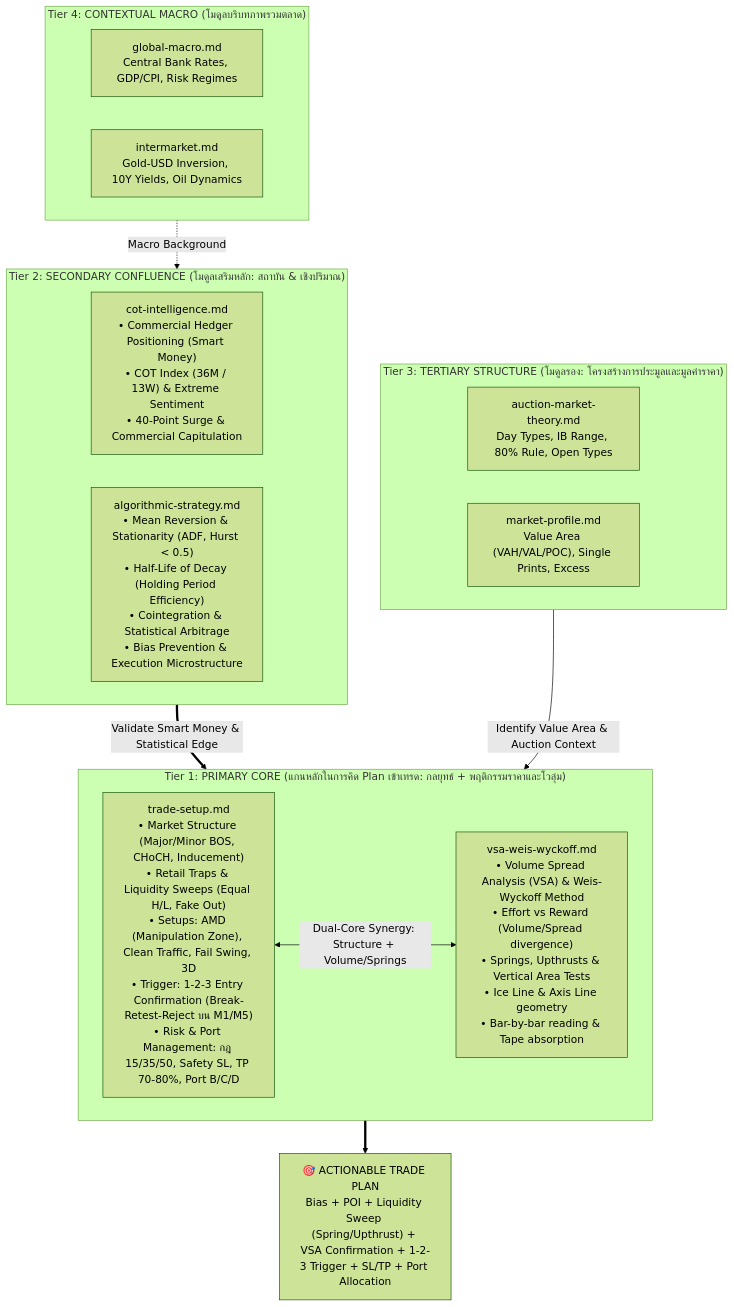
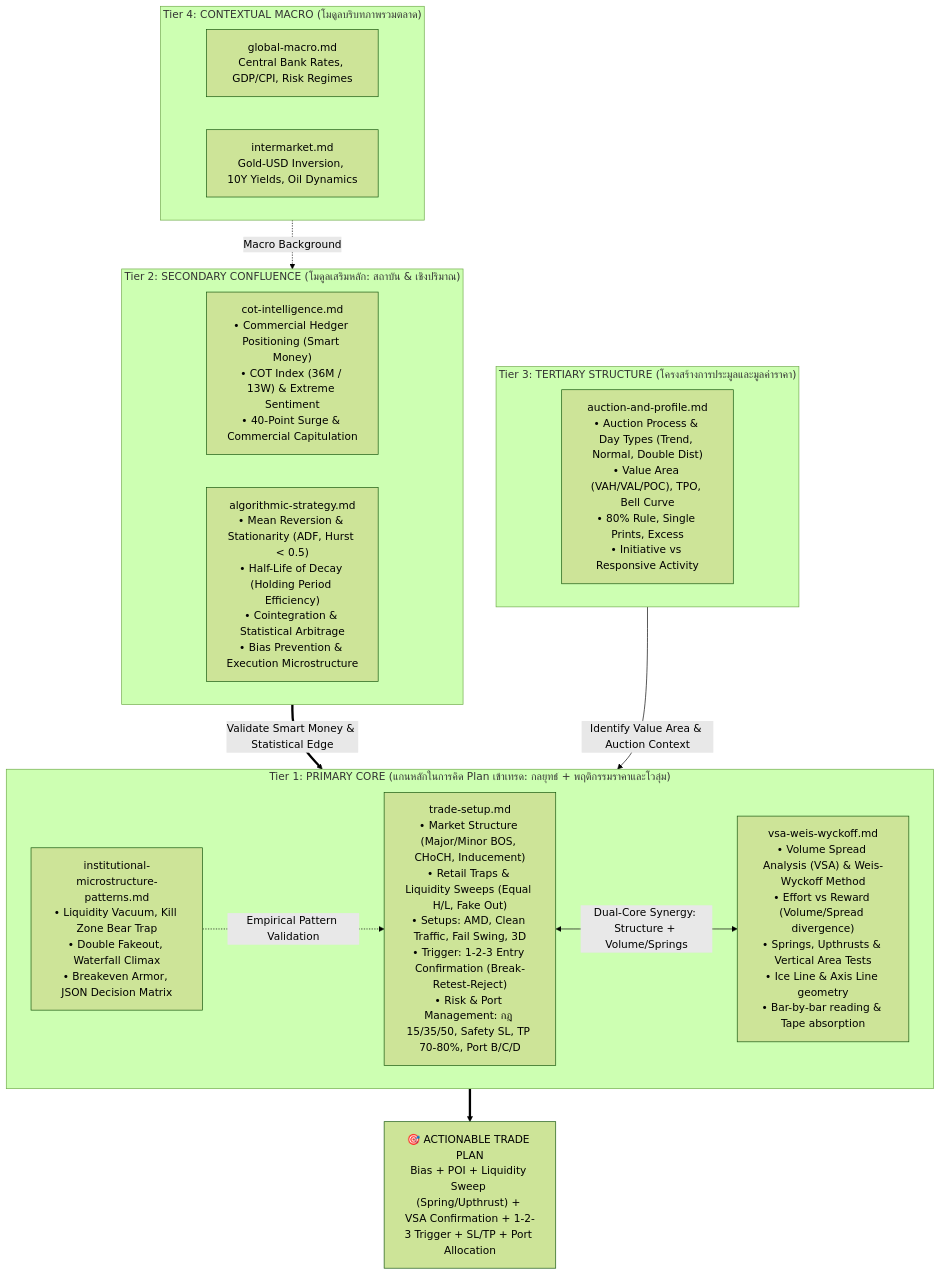
One commit to masadaark/trade-setup changed the diagram in brain/README.md. Above: the diagram before and after it, drawn with Mermaid (forest theme). The commit also changed other lines of this file and 21 other files, not shown here.

Commit message:
feat: reorganize documentation structure and add new institutional pattern, indicator, and planning files

````diff
--- a/brain/README.md
+++ b/brain/README.md
@@ -9,28 +11,29 @@
 ```mermaid
 flowchart TD
     subgraph Tier1 ["Tier 1: PRIMARY CORE (แกนหลักในการคิด Plan เข้าเทรด: กลยุทธ์ + พฤติกรรมราคาและโวลุ่ม)"]
-        TS["trade-setup.md<br/>• Market Structure (Major/Minor BOS, CHoCH, Inducement)<br/>• Retail Traps & Liquidity Sweeps (Equal H/L, Fake Out)<br/>• Setups: AMD (Manipulation Zone), Clean Traffic, Fail Swing, 3D<br/>• Trigger: 1-2-3 Entry Confirmation (Break-Retest-Reject บน M1/M5)<br/>• Risk & Port Management: กฎ 15/35/50, Safety SL, TP 70-80%, Port B/C/D"]
+        TS["trade-setup.md<br/>• Market Structure (Major/Minor BOS, CHoCH, Inducement)<br/>• Retail Traps & Liquidity Sweeps (Equal H/L, Fake Out)<br/>• Setups: AMD, Clean Traffic, Fail Swing, 3D<br/>• Trigger: 1-2-3 Entry Confirmation (Break-Retest-Reject)<br/>• Risk & Port Management: กฎ 15/35/50, Safety SL, TP 70-80%, Port B/C/D"]
         VSA["vsa-weis-wyckoff.md<br/>• Volume Spread Analysis (VSA) & Weis-Wyckoff Method<br/>• Effort vs Reward (Volume/Spread divergence)<br/>• Springs, Upthrusts & Vertical Area Tests<br/>• Ice Line & Axis Line geometry<br/>• Bar-by-bar reading & Tape absorption"]
+        IMP["institutional-microstructure-patterns.md<br/>• Liquidity Vacuum, Kill Zone Bear Trap<br/>• Double Fakeout, Waterfall Climax<br/>• Breakeven Armor, JSON Decision Matrix"]
     end
 
     subgraph Tier2 ["Tier 2: SECONDARY CONFLUENCE (โมดูลเสริมหลัก: สถาบัน & เชิงปริมาณ)"]
         COT["cot-intelligence.md<br/>• Commercial Hedger Positioning (Smart Money)<br/>• COT Index (36M / 13W) & Extreme Sentiment<br/>• 40-Point Surge & Commercial Capitulation"]
         ALGO["algorithmic-strategy.md<br/>• Mean Reversion & Stationarity (ADF, Hurst < 0.5)<br/>• Half-Life of Decay (Holding Period Efficiency)<br/>• Cointegration & Statistical Arbitrage<br/>• Bias Prevention & Execution Microstructure"]
     end
 
-    subgraph Tier3 ["Tier 3: TERTIARY STRUCTURE (โมดูลรอง: โครงสร้างการประมูลและมูลค่าราคา)"]
-        AMT["auction-market-theory.md<br/>Day Types, IB Range, 80% Rule, Open Types"]
-        MP["market-profile.md<br/>Value Area (VAH/VAL/POC), Single Prints, Excess"]
+    subgraph Tier3 ["Tier 3: TERTIARY STRUCTURE (โครงสร้างการประมูลและมูลค่าราคา)"]
+        AMP["auction-and-profile.md<br/>• Auction Process & Day Types (Trend, Normal, Double Dist)<br/>• Value Area (VAH/VAL/POC), TPO, Bell Curve<br/>• 80% Rule, Single Prints, Excess<br/>• Initiative vs Responsive Activity"]
     end
 
     subgraph Tier4 ["Tier 4: CONTEXTUAL MACRO (โมดูลบริบทภาพรวมตลาด)"]
         GM["global-macro.md<br/>Central Bank Rates, GDP/CPI, Risk Regimes"]
         IM["intermarket.md<br/>Gold-USD Inversion, 10Y Yields, Oil Dynamics"]
     end
 
     Tier4 -.->|Macro Background| Tier2
     Tier2 ==>|Validate Smart Money & Statistical Edge| Tier1
     Tier3 -->|Identify Value Area & Auction Context| Tier1
     TS <-->|Dual-Core Synergy: Structure + Volume/Springs| VSA
+    IMP -.->|Empirical Pattern Validation| TS
     Tier1 ==> TRADE_PLAN["🎯 ACTIONABLE TRADE PLAN<br/>Bias + POI + Liquidity Sweep (Spring/Upthrust) + VSA Confirmation + 1-2-3 Trigger + SL/TP + Port Allocation"]
 ```
````
